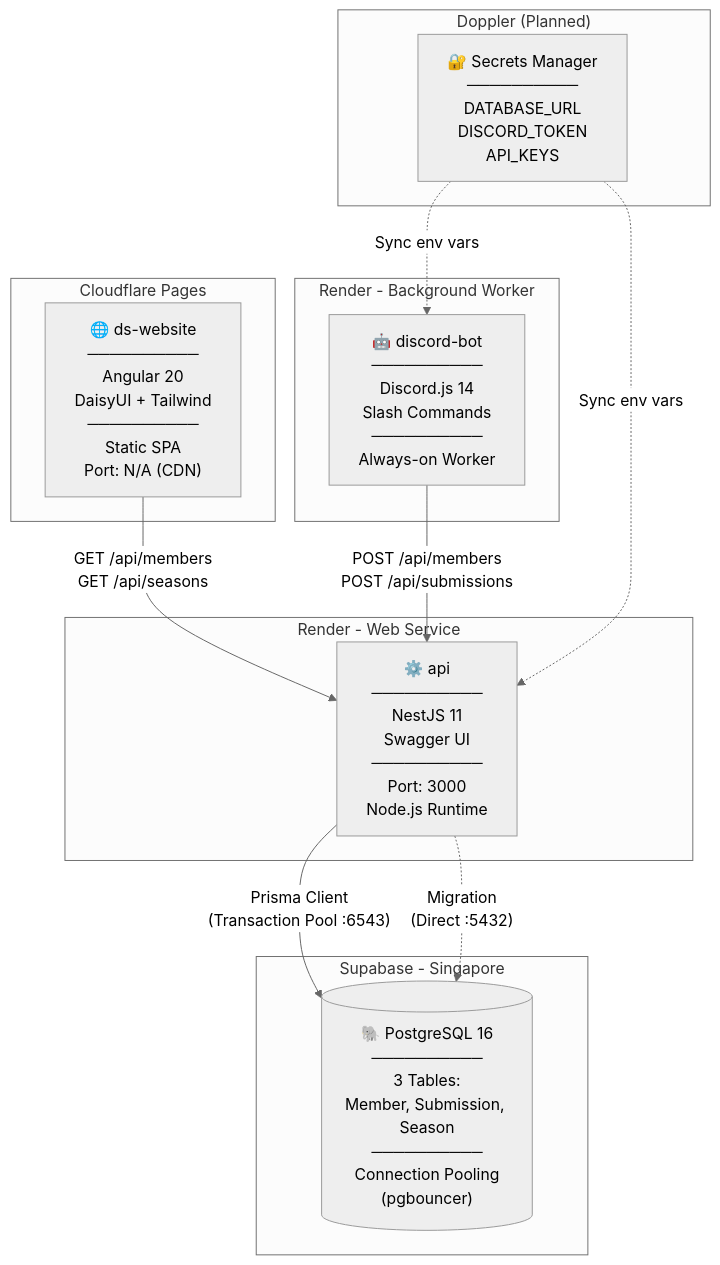
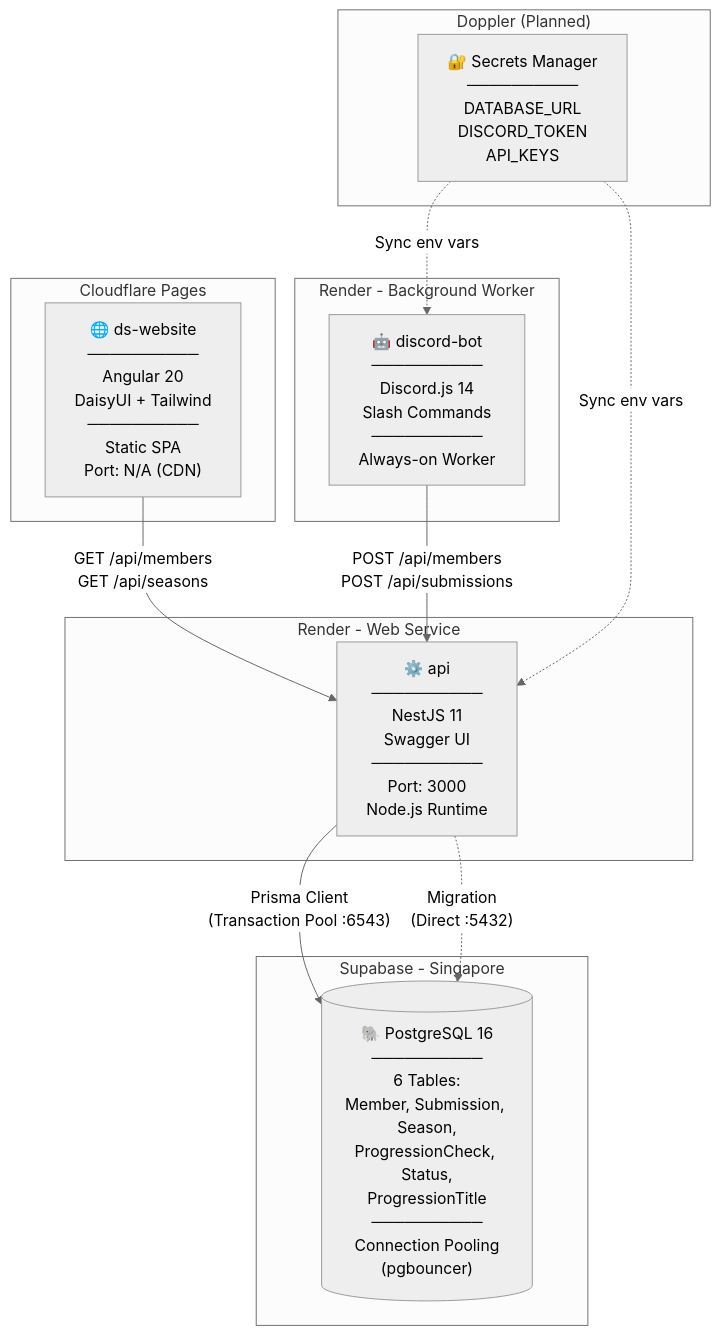
Before and after one commit to baole405/ewlya: the second of 7 diagrams in docs/system_diagrams.md, drawn with Mermaid (neutral theme). The commit also changed other lines of this file and 76 other files, not shown here.

````diff
--- a/docs/system_diagrams.md
+++ b/docs/system_diagrams.md
@@ -51,29 +51,29 @@
 ```mermaid
 graph TB
     subgraph Cloudflare Pages
         WEB["🌐 ds-website<br/>──────────<br/>Angular 20<br/>DaisyUI + Tailwind<br/>──────────<br/>Static SPA<br/>Port: N/A (CDN)"]
     end
 
     subgraph Render - Web Service
         API["⚙️ api<br/>──────────<br/>NestJS 11<br/>Swagger UI<br/>──────────<br/>Port: 3000<br/>Node.js Runtime"]
     end
 
     subgraph Render - Background Worker
         BOT["🤖 discord-bot<br/>──────────<br/>Discord.js 14<br/>Slash Commands<br/>──────────<br/>Always-on Worker"]
     end
 
     subgraph Supabase - Singapore
-        DB[("🐘 PostgreSQL 16<br/>──────────<br/>3 Tables:<br/>Member, Submission, Season<br/>──────────<br/>Connection Pooling<br/>(pgbouncer)")]
+        DB[("🐘 PostgreSQL 16<br/>──────────<br/>6 Tables:<br/>Member, Submission, Season,<br/>ProgressionCheck, Status,<br/>ProgressionTitle<br/>──────────<br/>Connection Pooling<br/>(pgbouncer)")]
     end
 
     subgraph Doppler ["Doppler (Planned)"]
         SEC["🔐 Secrets Manager<br/>──────────<br/>DATABASE_URL<br/>DISCORD_TOKEN<br/>API_KEYS"]
     end
 
     WEB -->|"GET /api/members<br/>GET /api/seasons"| API
     BOT -->|"POST /api/members<br/>POST /api/submissions"| API
     API -->|"Prisma Client<br/>(Transaction Pool :6543)"| DB
     API -.->|"Migration<br/>(Direct :5432)"| DB
     SEC -.->|"Sync env vars"| API
     SEC -.->|"Sync env vars"| BOT
 ```
````
